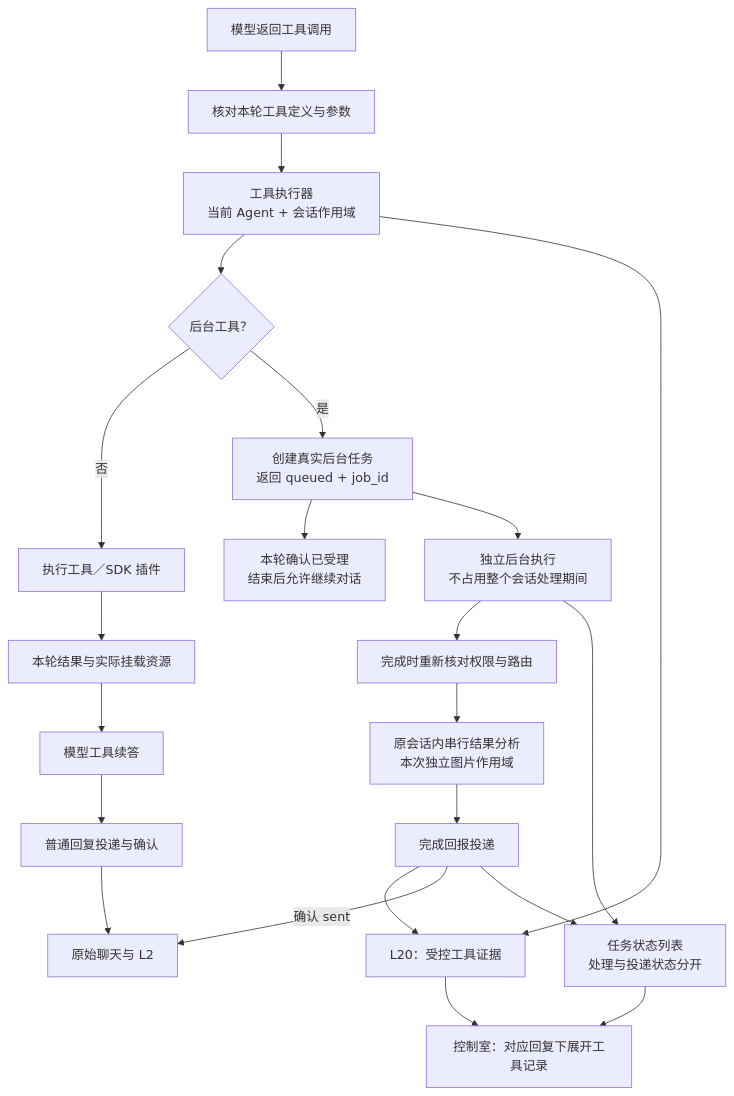
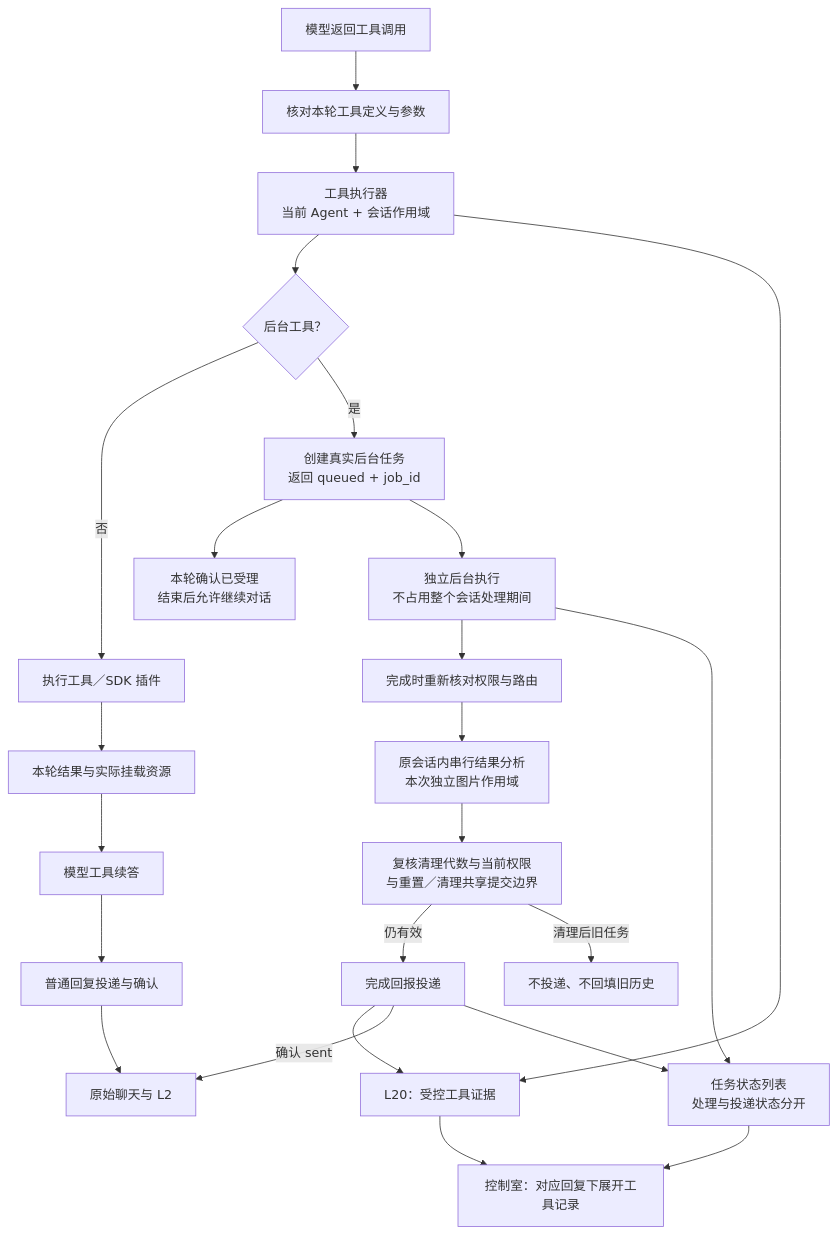
The second of 3 diagrams in docs/project-engineering.md (3523509051/Pero), drawn with Mermaid before and after one commit. The commit also changed other lines of this file and 55 other files, not shown here.

````diff
--- a/docs/project-engineering.md
+++ b/docs/project-engineering.md
@@ -47,24 +48,26 @@
 ```mermaid
 flowchart TB
     MODEL["模型返回工具调用"] --> REG["核对本轮工具定义与参数"]
     REG --> EXEC["工具执行器<br/>当前 Agent + 会话作用域"]
     EXEC --> MODE{"后台工具？"}
     MODE -->|"否"| RUN["执行工具／SDK 插件"]
     RUN --> RESULT["本轮结果与实际挂载资源"]
     RESULT --> CONTINUE["模型工具续答"]
     MODE -->|"是"| SUBMIT["创建真实后台任务<br/>返回 queued + job_id"]
     SUBMIT --> ACK["本轮确认已受理<br/>结束后允许继续对话"]
     SUBMIT --> WORK["独立后台执行<br/>不占用整个会话处理期间"]
     WORK --> CHECK["完成时重新核对权限与路由"]
     CHECK --> ANALYSIS["原会话内串行结果分析<br/>本次独立图片作用域"]
-    ANALYSIS --> REPORT["完成回报投递"]
+    ANALYSIS --> GATE["复核清理代数与当前权限<br/>与重置／清理共享提交边界"]
+    GATE -->|"仍有效"| REPORT["完成回报投递"]
+    GATE -->|"清理后旧任务"| DROP["不投递、不回填旧历史"]
     EXEC --> EVIDENCE["L20：受控工具证据"]
     REPORT --> EVIDENCE
     REPORT -->|"确认 sent"| CHAT["原始聊天与 L2"]
     CONTINUE --> SEND["普通回复投递与确认"]
     SEND --> CHAT
     EVIDENCE --> UI["控制室：对应回复下展开工具记录"]
     WORK --> STATUS["任务状态列表<br/>处理与投递状态分开"]
     REPORT --> STATUS
     STATUS --> UI
 ```
````
